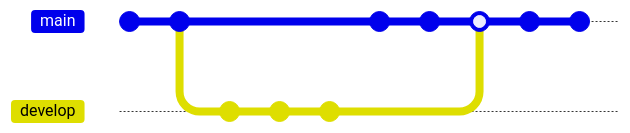
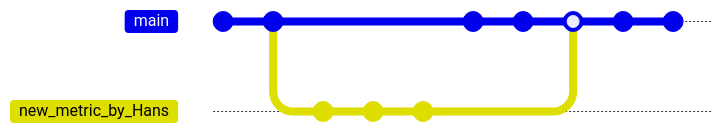
Before and after one commit to joschaschmiedt/Git4Neurosciences: the sixth of 6 diagrams in index.qmd, drawn with Mermaid. The commit also changed other lines of this file, not shown here. Commit ids are hidden.

````diff
--- a/index.qmd
+++ b/index.qmd
@@ -112,15 +136,15 @@
 ```{mermaid}
-   gitGraph
-       commit
-       commit
-       branch develop
-       commit
-       commit
-       commit
-       checkout main
-       commit
-       commit
-       merge develop
-       commit
-       commit
+gitGraph
+    commit
+    commit
+    branch new_metric_by_Hans
+    commit
+    commit
+    commit
+    checkout main
+    commit
+    commit
+    merge new_metric_by_Hans
+    commit
+    commit
 ```
````
